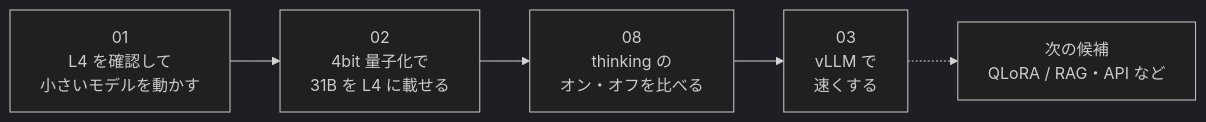
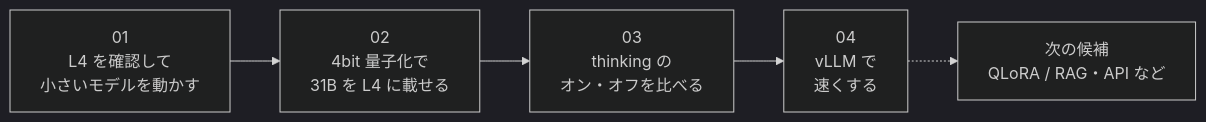
Before and after one commit to moruku36/colab-oss-lab: the diagram in README.md, drawn with Mermaid (dark theme). The commit also changed other lines of this file and 16 other files, not shown here.

First line of the commit message:
docs: 実験の番号を行った順にそろえる（thinking を 03、vLLM を 04 に）

````diff
--- a/README.md
+++ b/README.md
@@ -35,7 +35,7 @@
 ```mermaid
 flowchart LR
     E01["01<br/>L4 を確認して<br/>小さいモデルを動かす"] --> E02["02<br/>4bit 量子化で<br/>31B を L4 に載せる"]
-    E02 --> E08["08<br/>thinking の<br/>オン・オフを比べる"]
-    E08 --> E03["03<br/>vLLM で<br/>速くする"]
-    E03 -.-> NEXT["次の候補<br/>QLoRA / RAG・API など"]
+    E02 --> E03["03<br/>thinking の<br/>オン・オフを比べる"]
+    E03 --> E04["04<br/>vLLM で<br/>速くする"]
+    E04 -.-> NEXT["次の候補<br/>QLoRA / RAG・API など"]
 ```
````
